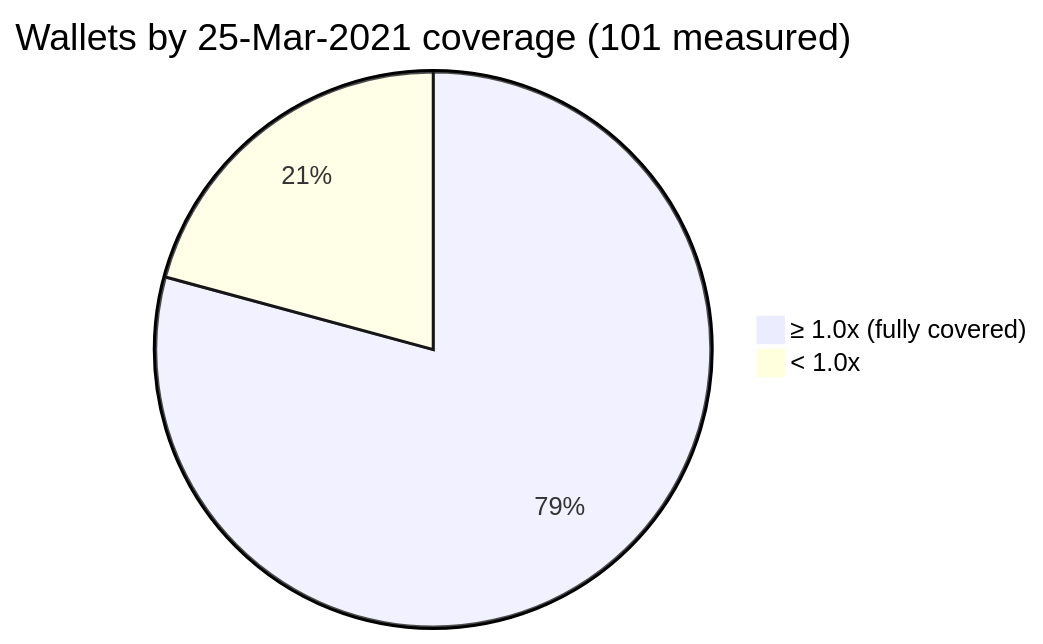
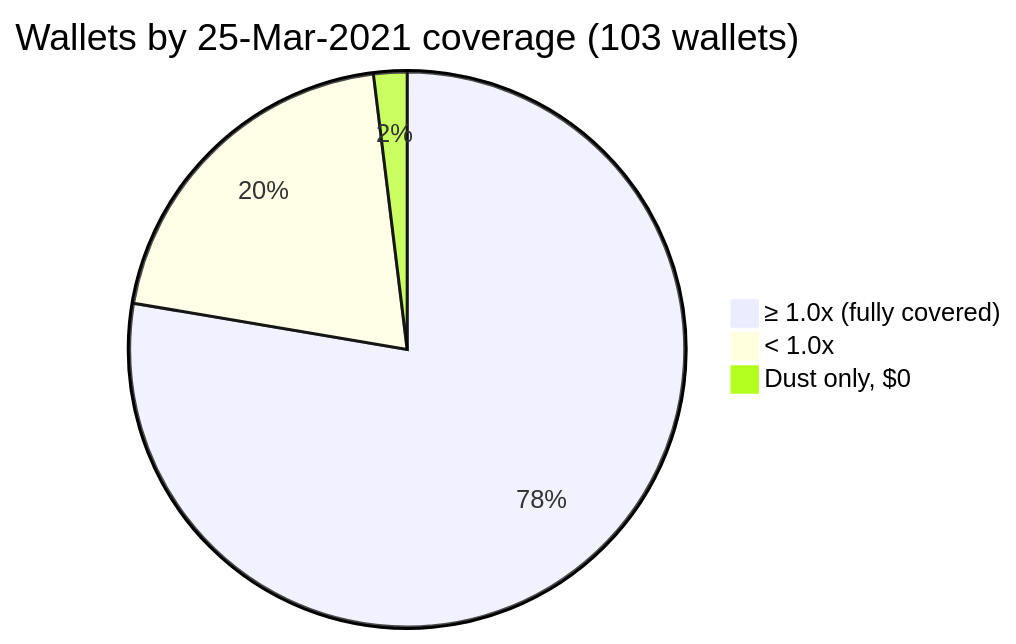
The fifth of 5 diagrams in APPENDIX.md (Lefgk/rake-venus-proposal-short), drawn with Mermaid before and after one commit. The commit also changed other lines of this file and 1 other file, not shown here.

Commit message:
Count all 103 wallets; note the 2 dust wallets

````diff
--- a/APPENDIX.md
+++ b/APPENDIX.md
@@ -129,5 +129,6 @@
 ```mermaid
-pie title Wallets by 25-Mar-2021 coverage (101 measured)
+pie title Wallets by 25-Mar-2021 coverage (103 wallets)
     "≥ 1.0x (fully covered)" : 80
     "< 1.0x" : 21
+    "Dust only, $0" : 2
 ```
````
